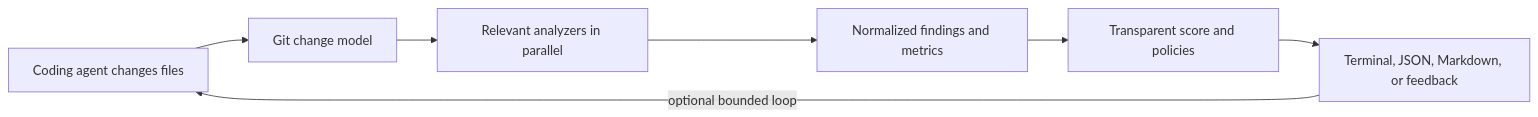
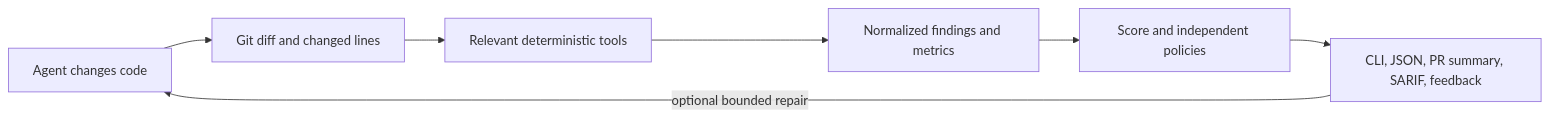
Before and after one commit to MaheshBhushan/AgentGuard: the diagram in README.md, drawn with Mermaid. The commit also changed other lines of this file and 3 other files, not shown here.

````diff
--- a/README.md
+++ b/README.md
@@ -41,9 +41,9 @@
 ```mermaid
 flowchart LR
-  A[Coding agent changes files] --> G[Git change model]
-  G --> S[Relevant analyzers in parallel]
-  S --> N[Normalized findings and metrics]
-  N --> P[Transparent score and policies]
-  P --> R[Terminal, JSON, Markdown, or feedback]
-  R -->|optional bounded loop| A
+  A[Agent changes code] --> D[Git diff and changed lines]
+  D --> T[Relevant deterministic tools]
+  T --> N[Normalized findings and metrics]
+  N --> P[Score and independent policies]
+  P --> R[CLI, JSON, PR summary, SARIF, feedback]
+  R -->|optional bounded repair| A
 ```
````
